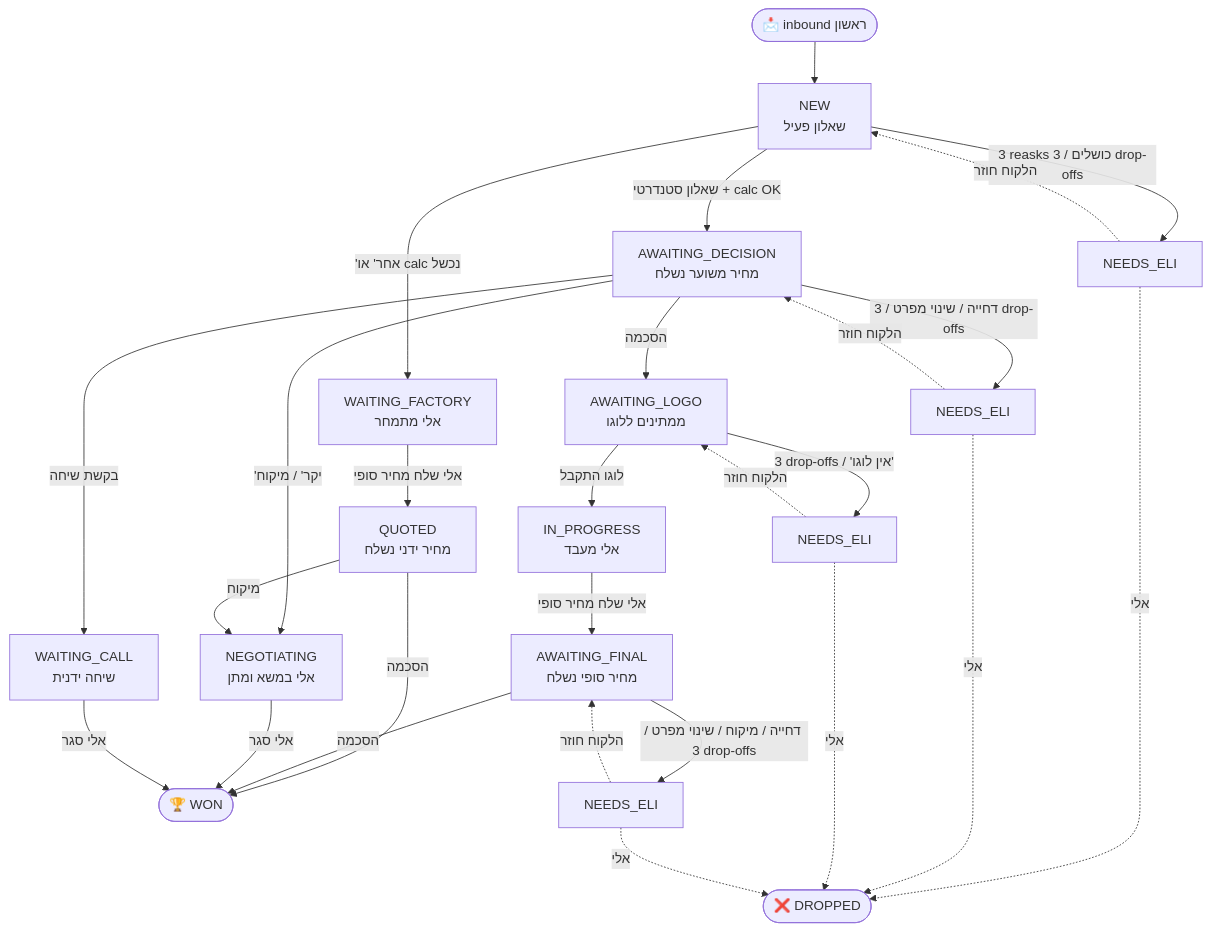
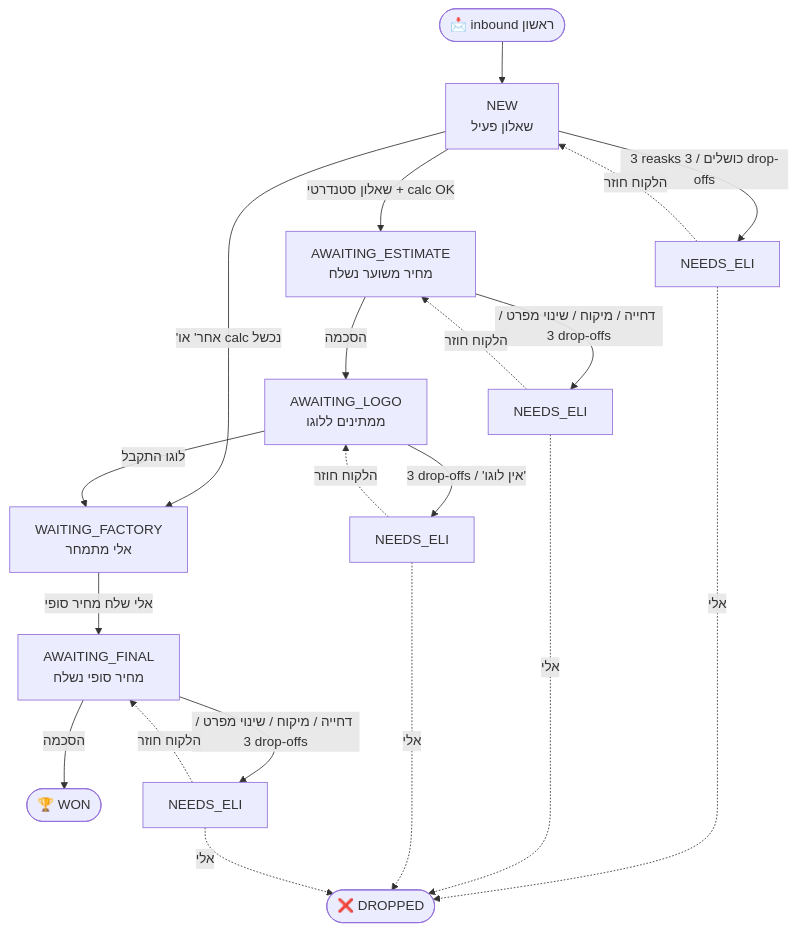
The diagram in docs/CUSTOMER-FLOW.md (elishosh687-spec/albadi-crm), drawn with Mermaid before and after one commit. The commit also changed other lines of this file and 13 other files, not shown here.

````diff
--- a/docs/CUSTOMER-FLOW.md
+++ b/docs/CUSTOMER-FLOW.md
@@ -58,37 +57,30 @@
 ```mermaid
 flowchart TD
     Start([📩 inbound ראשון]) --> NEW
 
     NEW[NEW<br/>שאלון פעיל]
-    NEW -- שאלון סטנדרטי + calc OK --> AD[AWAITING_DECISION<br/>מחיר משוער נשלח]
+    NEW -- שאלון סטנדרטי + calc OK --> AE[AWAITING_ESTIMATE<br/>מחיר משוער נשלח]
     NEW -- 'אחר' או calc נכשל --> WF[WAITING_FACTORY<br/>אלי מתמחר]
     NEW -- 3 reasks כושלים / 3 drop-offs --> NE_NEW[NEEDS_ELI]
 
-    AD -- הסכמה --> AL[AWAITING_LOGO<br/>ממתינים ללוגו]
-    AD -- 'יקר' / מיקוח --> NEG[NEGOTIATING<br/>אלי במשא ומתן]
-    AD -- בקשת שיחה --> WC[WAITING_CALL<br/>שיחה ידנית]
-    AD -- דחייה / שינוי מפרט / 3 drop-offs --> NE_AD[NEEDS_ELI]
+    AE -- הסכמה --> AL[AWAITING_LOGO<br/>ממתינים ללוגו]
+    AE -- דחייה / מיקוח / שינוי מפרט / 3 drop-offs --> NE_AE[NEEDS_ELI]
 
-    AL -- לוגו התקבל --> IP[IN_PROGRESS<br/>אלי מעבד]
+    AL -- לוגו התקבל --> WF
     AL -- 3 drop-offs / 'אין לוגו' --> NE_AL[NEEDS_ELI]
 
-    WF -- אלי שלח מחיר סופי --> Q[QUOTED<br/>מחיר ידני נשלח]
-    IP -- אלי שלח מחיר סופי --> AF[AWAITING_FINAL<br/>מחיר סופי נשלח]
+    WF -- אלי שלח מחיר סופי --> AF[AWAITING_FINAL<br/>מחיר סופי נשלח]
 
-    Q -- הסכמה --> WON([🏆 WON])
-    Q -- מיקוח --> NEG
-    AF -- הסכמה --> WON
+    AF -- הסכמה --> WON([🏆 WON])
     AF -- דחייה / מיקוח / שינוי מפרט / 3 drop-offs --> NE_AF[NEEDS_ELI]
-    NEG -- אלי סגר --> WON
-    WC -- אלי סגר --> WON
 
     NE_NEW -. אלי .-> DROPPED([❌ DROPPED])
-    NE_AD -. אלי .-> DROPPED
+    NE_AE -. אלי .-> DROPPED
     NE_AL -. אלי .-> DROPPED
     NE_AF -. אלי .-> DROPPED
 
     NE_NEW -. הלקוח חוזר .-> NEW
-    NE_AD -. הלקוח חוזר .-> AD
+    NE_AE -. הלקוח חוזר .-> AE
     NE_AL -. הלקוח חוזר .-> AL
     NE_AF -. הלקוח חוזר .-> AF
 ```
````
